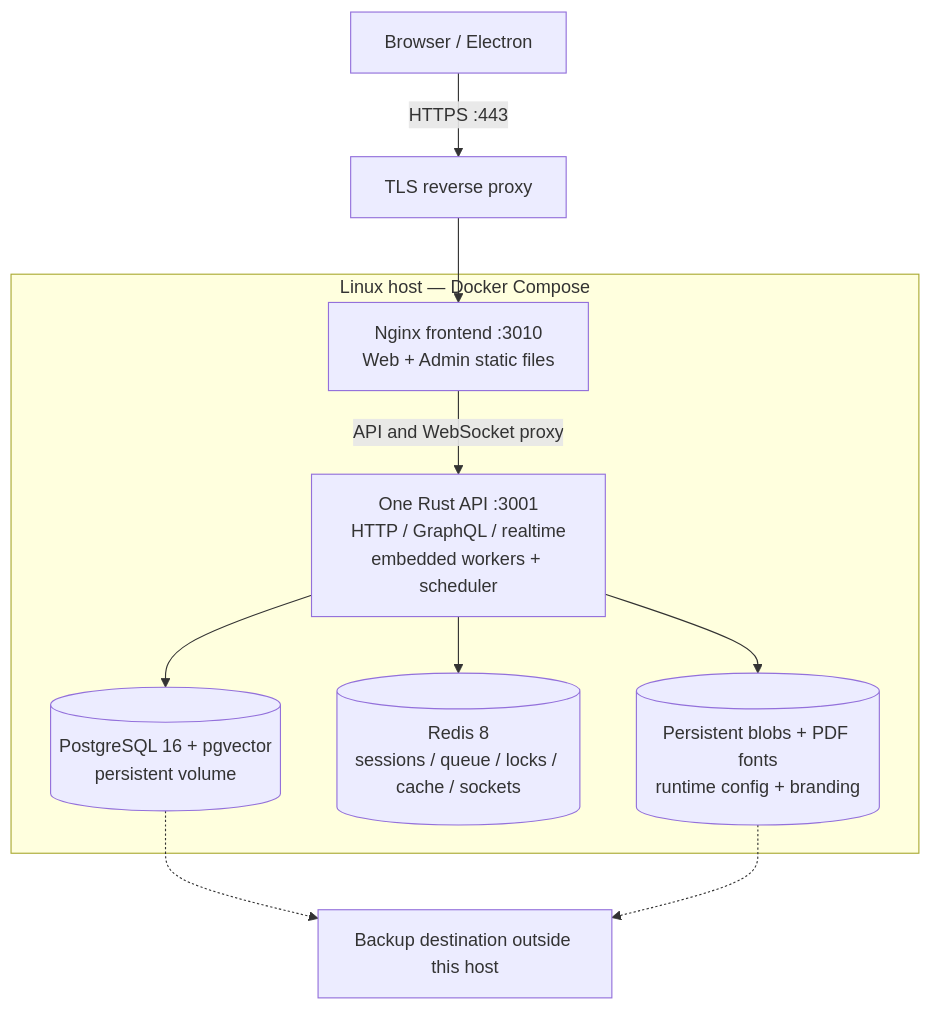
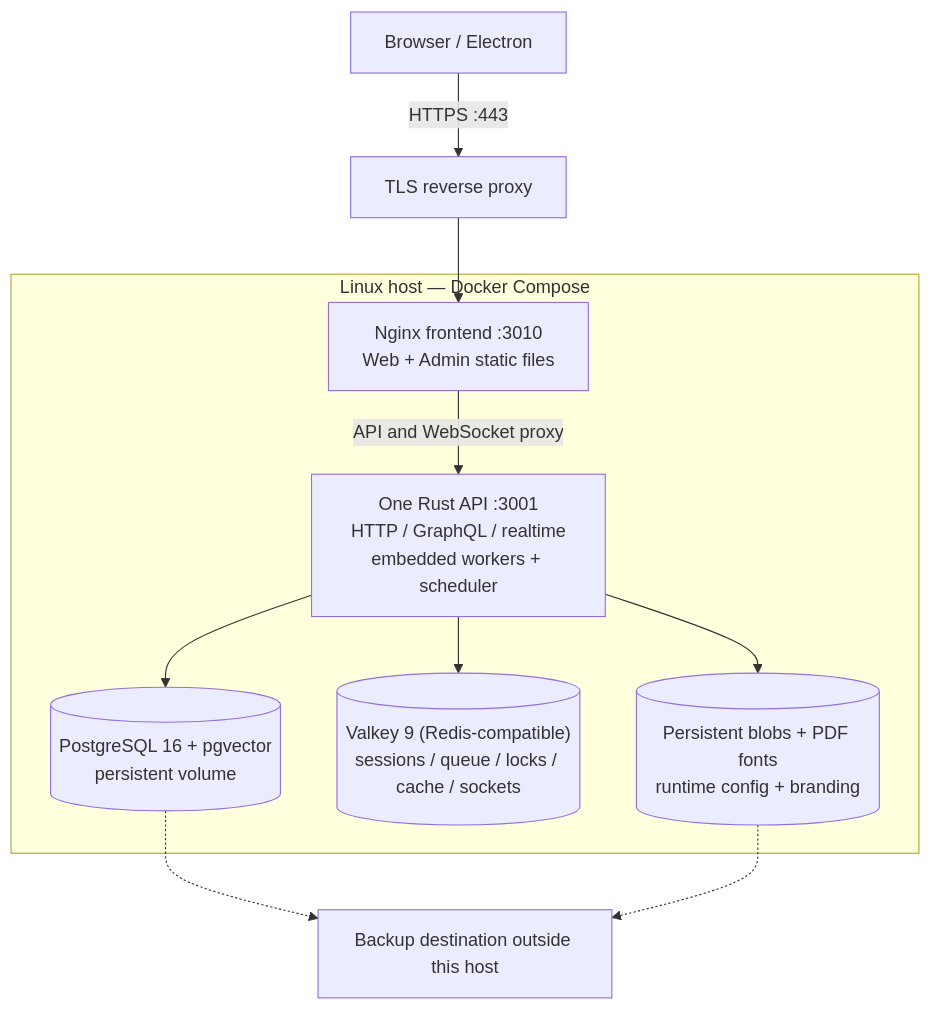
One commit to superions/myoxus changed the first of 3 diagrams in docs/ops/getting-started/installation-decision.md. Above: the diagram before and after it, drawn with Mermaid. The commit also changed other lines of this file and 572 other files, not shown here.

````diff
--- a/docs/ops/getting-started/installation-decision.md
+++ b/docs/ops/getting-started/installation-decision.md
@@ -60,18 +60,18 @@
 ```mermaid
 flowchart TB
   users["Browser / Electron"] -->|"HTTPS :443"| edge["TLS reverse proxy"]
   subgraph host["Linux host — Docker Compose"]
     web["Nginx frontend :3010<br/>Web + Admin static files"]
     api["One Rust API :3001<br/>HTTP / GraphQL / realtime<br/>embedded workers + scheduler"]
     pg[("PostgreSQL 16 + pgvector<br/>persistent volume")]
-    redis[("Redis 8<br/>sessions / queue / locks / cache / sockets")]
+    redis[("Valkey 9 (Redis-compatible)<br/>sessions / queue / locks / cache / sockets")]
     data[("Persistent blobs + PDF fonts<br/>runtime config + branding")]
     web -->|"API and WebSocket proxy"| api
     api --> pg
     api --> redis
     api --> data
   end
   edge --> web
   pg -.-> backup["Backup destination outside this host"]
   data -.-> backup
 ```
````
